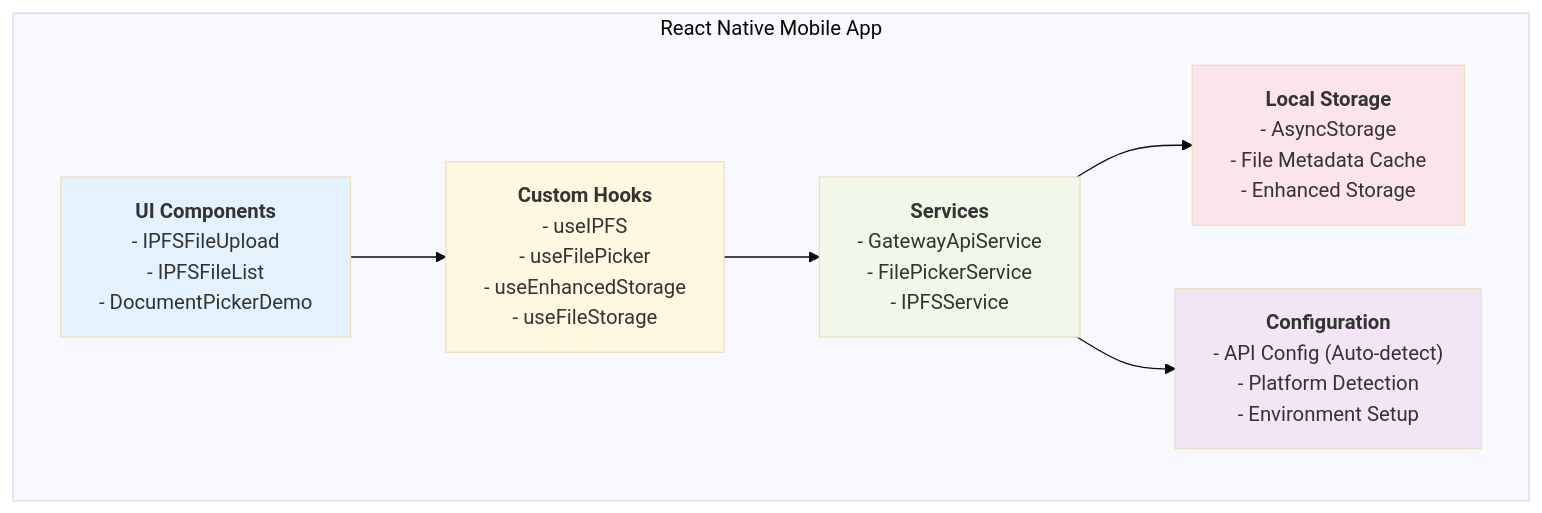
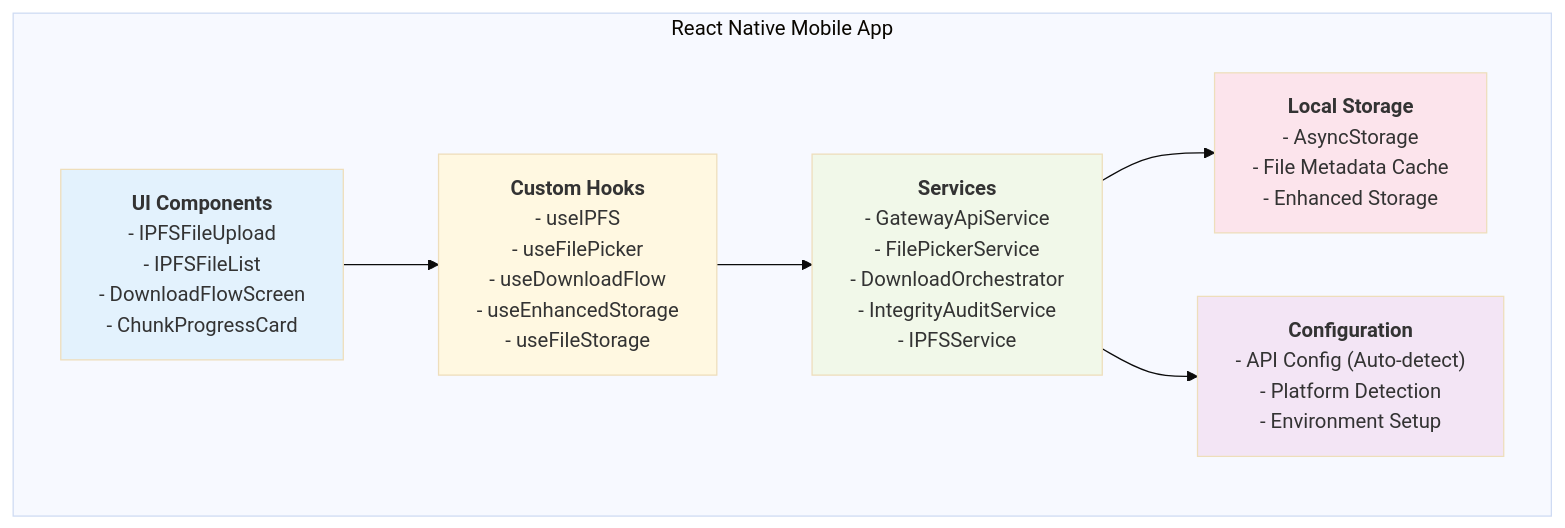
Before and after one commit to nguyenphuc22/ipfs-sandbox: diagram 11 of 27 in SYSTEM_ARCHITECTURE.md, drawn with Mermaid (base theme). The commit also changed other lines of this file and 2 other files, not shown here.

Commit message:
Enhance download flow in New_Thesis.md with demo-ready phases; implement access negotiation, key orchestration, chunk retrieval with integrity checks, and user experience improvements. Update SYSTEM_ARCHITECTURE.md to reflect new download process and UI components.

````diff
--- a/SYSTEM_ARCHITECTURE.md
+++ b/SYSTEM_ARCHITECTURE.md
@@ -265,41 +278,45 @@
 ```mermaid
 graph TB
     subgraph "React Native Mobile App"
-        UI["`**UI Components**
-        - IPFSFileUpload
-        - IPFSFileList
-        - DocumentPickerDemo`"]
+    UI["`**UI Components**
+    - IPFSFileUpload
+    - IPFSFileList
+    - DownloadFlowScreen
+    - ChunkProgressCard`"]
         
-        Services["`**Services**
-        - GatewayApiService
-        - FilePickerService
-        - IPFSService`"]
+    Services["`**Services**
+    - GatewayApiService
+    - FilePickerService
+    - DownloadOrchestrator
+    - IntegrityAuditService
+    - IPFSService`"]
         
-        Hooks["`**Custom Hooks**
-        - useIPFS
-        - useFilePicker
-        - useEnhancedStorage
-        - useFileStorage`"]
+    Hooks["`**Custom Hooks**
+    - useIPFS
+    - useFilePicker
+    - useDownloadFlow
+    - useEnhancedStorage
+    - useFileStorage`"]
         
         Storage["`**Local Storage**
         - AsyncStorage
         - File Metadata Cache
         - Enhanced Storage`"]
         
         Config["`**Configuration**
         - API Config (Auto-detect)
         - Platform Detection
         - Environment Setup`"]
     end
 
     UI --> Hooks
     Hooks --> Services
     Services --> Storage
     Services --> Config
     
     style UI fill:#e3f2fd
     style Services fill:#f1f8e9
     style Hooks fill:#fff8e1
     style Storage fill:#fce4ec
     style Config fill:#f3e5f5
 ```
````
